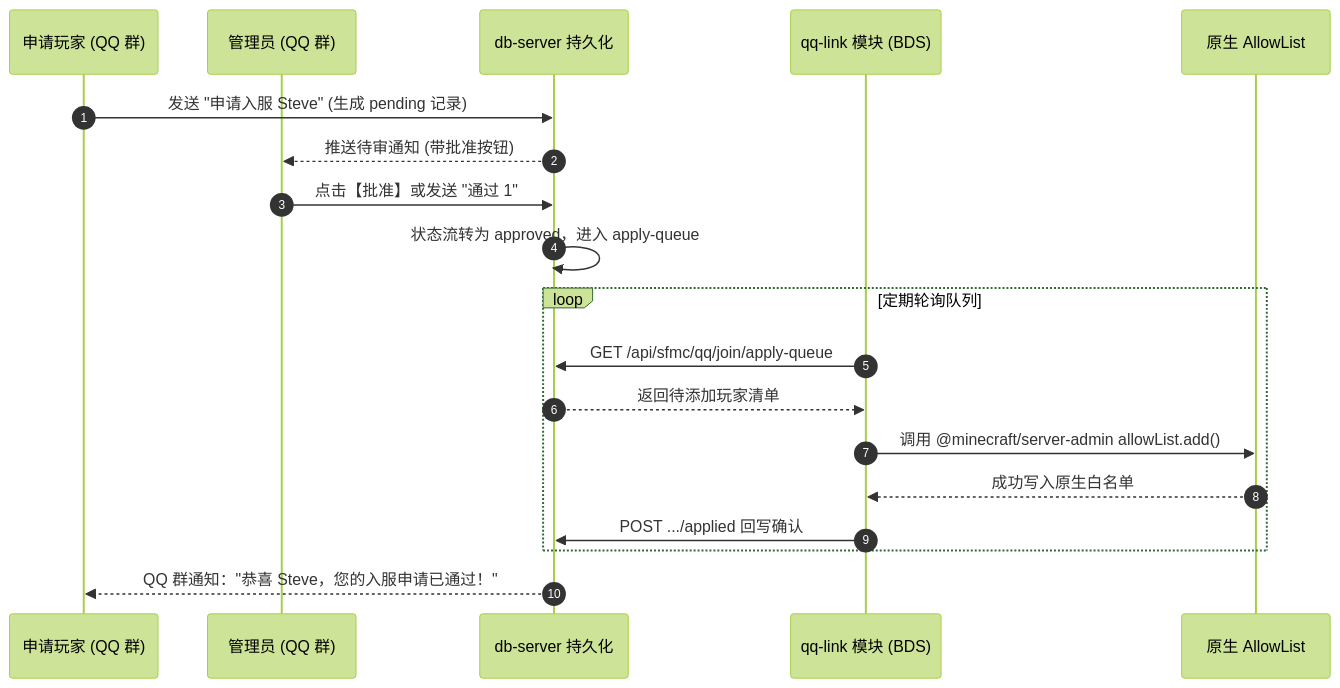
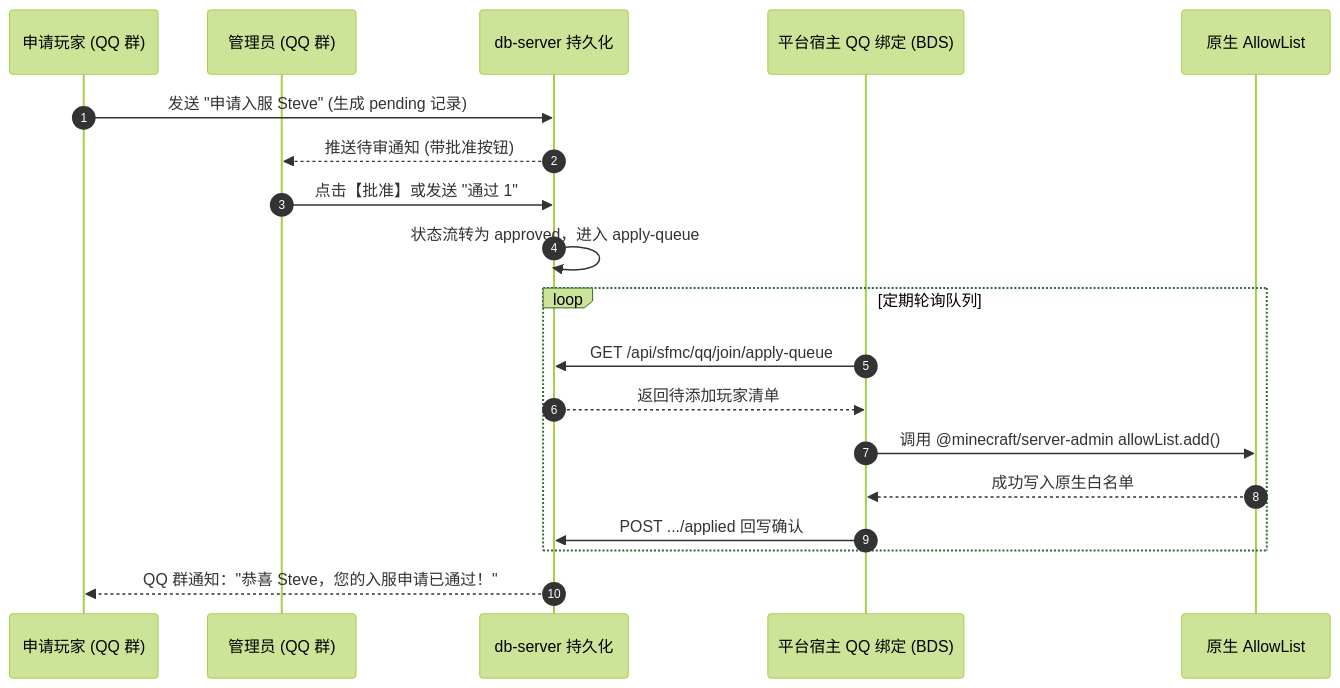
The third of 3 diagrams in docs/zh/guide/qq-bridge.mdx (DogeLakeDev/ScriptsForMinecraftServer), drawn with Mermaid (forest theme) before and after one commit. The commit also changed other lines of this file and 34 other files, not shown here.

````diff
--- a/docs/zh/guide/qq-bridge.mdx
+++ b/docs/zh/guide/qq-bridge.mdx
@@ -246,24 +246,24 @@
 ```mermaid
 sequenceDiagram
   autonumber
   participant User as 申请玩家 (QQ 群)
   participant Admin as 管理员 (QQ 群)
   participant DB as db-server 持久化
-  participant SAPI as qq-link 模块 (BDS)
+  participant SAPI as 平台宿主 QQ 绑定 (BDS)
   participant Native as 原生 AllowList
 
   User->>DB: 发送 "申请入服 Steve" (生成 pending 记录)
   DB-->>Admin: 推送待审通知 (带批准按钮)
   Admin->>DB: 点击【批准】或发送 "通过 1"
   DB->>DB: 状态流转为 approved，进入 apply-queue
 
   loop 定期轮询队列
     SAPI->>DB: GET /api/sfmc/qq/join/apply-queue
     DB-->>SAPI: 返回待添加玩家清单
     SAPI->>Native: 调用 @minecraft/server-admin allowList.add()
     Native-->>SAPI: 成功写入原生白名单
     SAPI->>DB: POST .../applied 回写确认
   end
 
   DB-->>User: QQ 群通知："恭喜 Steve，您的入服申请已通过！"
 ```
````
